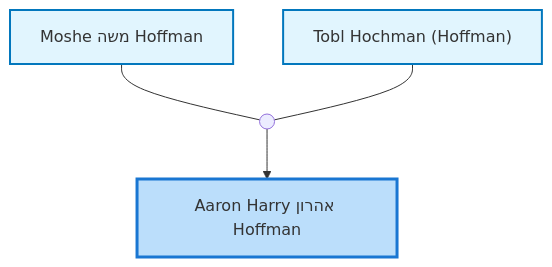
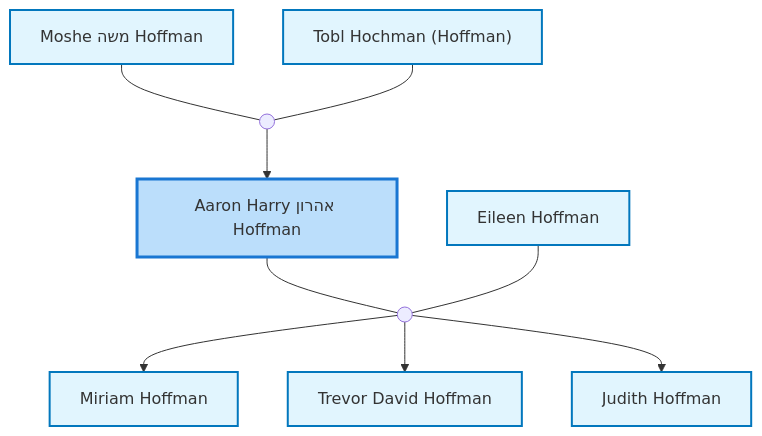
The first of 3 diagrams in site/content/profiles/Aaron Harry אהרון Hoffman.md (moshehoff/FamilyHistory), drawn with Mermaid before and after one commit. The commit also changed other lines of this file and 133 other files, not shown here.

Commit message:
Update Moshe Hoffman ID: I10 -> I11052340 and rename I38516664 biography

````diff
--- a/site/content/profiles/Aaron Harry אהרון Hoffman.md
+++ b/site/content/profiles/Aaron Harry אהרון Hoffman.md
@@ -22,19 +22,37 @@
 ```mermaid
 flowchart TD
 classDef person fill:#e1f5fe,stroke:#0277bd,stroke-width:2px;
 classDef internal-link fill:#e1f5fe,stroke:#0277bd,stroke-width:2px;
 classDef current fill:#bbdefb,stroke:#1976d2,stroke-width:3px;
-idI12["Aaron Harry אהרון Hoffman"]
-class idI12 current
-click idI12 "../profiles/Aaron-Harry-%D7%90%D7%94%D7%A8%D7%95%D7%9F-Hoffman" "Aaron Harry אהרון Hoffman"
-idI10["Moshe משה Hoffman"]
-class idI10 internal-link
-click idI10 "../profiles/Moshe-%D7%9E%D7%A9%D7%94-Hoffman" "Moshe משה Hoffman"
-idI11["Tobl Hochman (Hoffman)"]
-class idI11 internal-link
-click idI11 "../profiles/Tobl-Hochman-%28Hoffman%29" "Tobl Hochman (Hoffman)"
-marriage_idF3((" "))
-idI10 --- marriage_idF3
-idI11 --- marriage_idF3
-marriage_idF3 --> idI12
+idI38736184["Aaron Harry אהרון Hoffman"]
+class idI38736184 current
+click idI38736184 "../profiles/Aaron-Harry-%D7%90%D7%94%D7%A8%D7%95%D7%9F-Hoffman" "Aaron Harry אהרון Hoffman"
+idI11052340["Moshe משה Hoffman"]
+class idI11052340 internal-link
+click idI11052340 "../profiles/Moshe-%D7%9E%D7%A9%D7%94-Hoffman" "Moshe משה Hoffman"
+idI38735986["Tobl Hochman (Hoffman)"]
+class idI38735986 internal-link
+click idI38735986 "../profiles/Tobl-Hochman-%28Hoffman%29" "Tobl Hochman (Hoffman)"
+marriage_idF3776794((" "))
+idI11052340 --- marriage_idF3776794
+idI38735986 --- marriage_idF3776794
+marriage_idF3776794 --> idI38736184
+idI39965086["Eileen Hoffman"]
+class idI39965086 internal-link
+click idI39965086 "../profiles/Eileen-Hoffman" "Eileen Hoffman"
+marriage_idF13655899((" "))
+idI38736184 --- marriage_idF13655899
+idI39965086 --- marriage_idF13655899
+idI39965206["Miriam Hoffman"]
+class idI39965206 internal-link
+click idI39965206 "../profiles/Miriam-Hoffman" "Miriam Hoffman"
+marriage_idF13655899 --> idI39965206
+idI39965122["Trevor David Hoffman"]
+class idI39965122 internal-link
+click idI39965122 "../profiles/Trevor-David-Hoffman" "Trevor David Hoffman"
+marriage_idF13655899 --> idI39965122
+idI39965270["Judith Hoffman"]
+class idI39965270 internal-link
+click idI39965270 "../profiles/Judith-Hoffman" "Judith Hoffman"
+marriage_idF13655899 --> idI39965270
 ```
````
